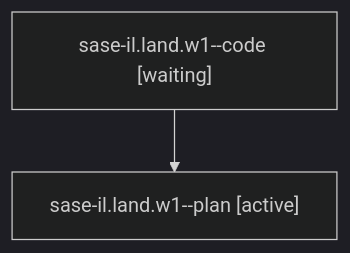
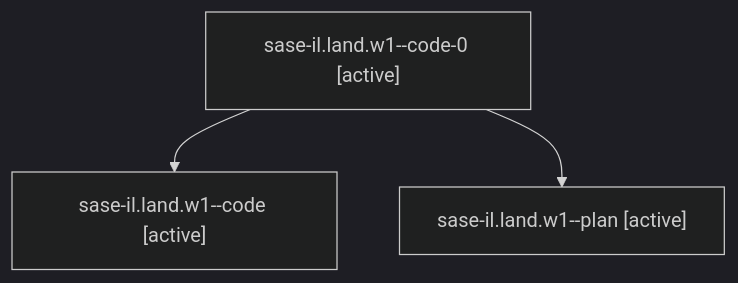
One commit to sase-org/sase--agents changed the diagram in families/bbugyi200.athena.sase-il.land.w1.md. Above: the diagram before and after it, drawn with Mermaid (dark theme). The commit also changed other lines of this file and 34 other files, not shown here.

````diff
--- a/families/bbugyi200.athena.sase-il.land.w1.md
+++ b/families/bbugyi200.athena.sase-il.land.w1.md
@@ -9,6 +9,8 @@
 ```mermaid
 flowchart TD
-  n0["sase-il.land.w1--code [waiting]"]
-  n1["sase-il.land.w1--plan [active]"]
+  n0["sase-il.land.w1--code-0 [active]"]
+  n1["sase-il.land.w1--code [active]"]
   n0 --> n1
+  n2["sase-il.land.w1--plan [active]"]
+  n0 --> n2
 ```
````
